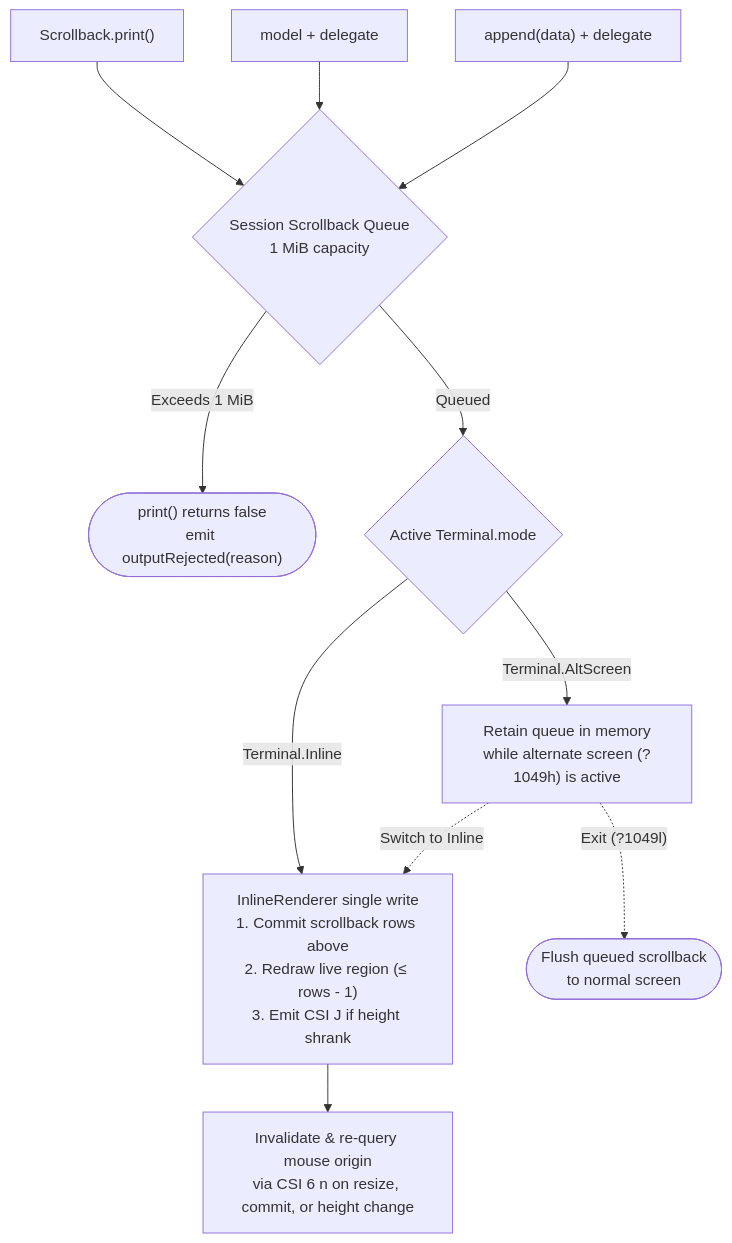
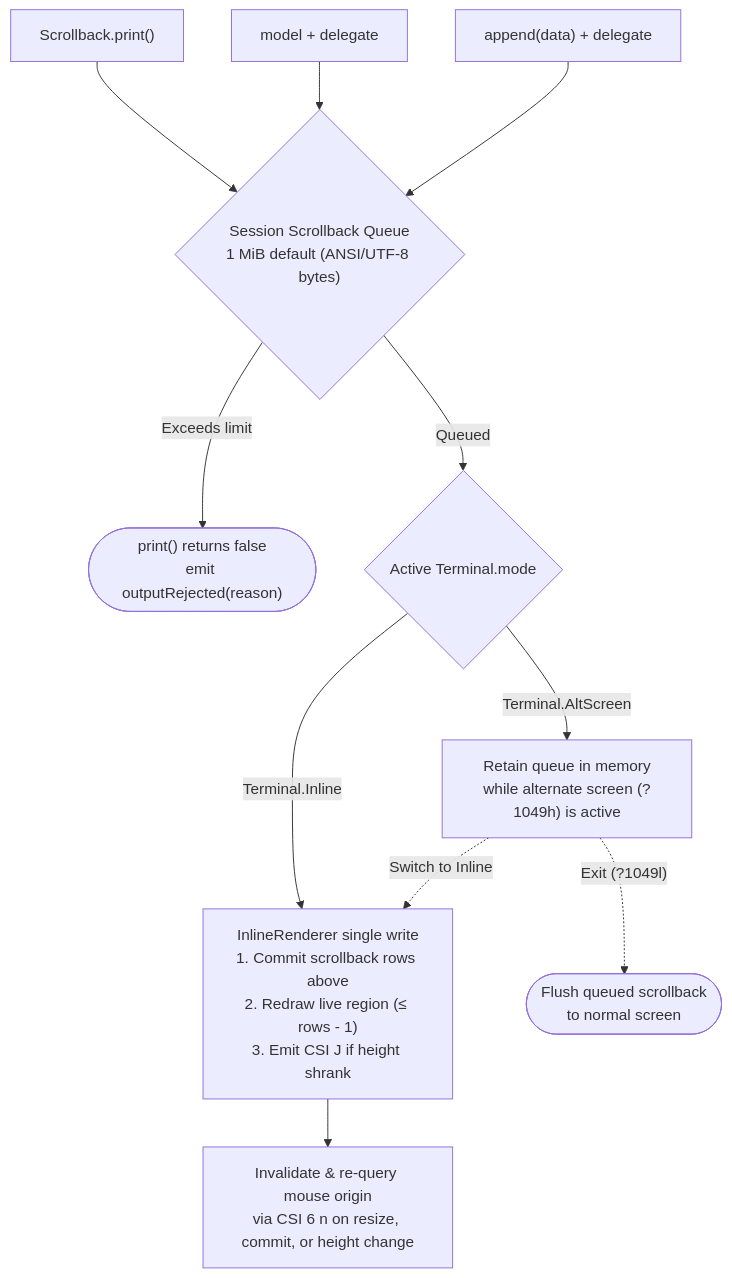
The diagram in docs/guides/inline-mode.md (qmltui/qmltui), drawn with Mermaid before and after one commit. The commit also changed other lines of this file and 9 other files, not shown here.

First line of the commit message:
feat(core): add configurable scrollback queue limit and QMLTUI_SCROLLBACK_QUEUE_LIMIT

````diff
--- a/docs/guides/inline-mode.md
+++ b/docs/guides/inline-mode.md
@@ -184,17 +184,17 @@
 ```mermaid
 flowchart TD
     P1["Scrollback.print()"] --> Queue
     P2["model + delegate"] --> Queue
     P3["append(data) + delegate"] --> Queue
 
-    Queue{"Session Scrollback Queue<br/>1 MiB capacity"}
-    Queue -- "Exceeds 1 MiB" --> Reject(["print() returns false<br/>emit outputRejected(reason)"])
+    Queue{"Session Scrollback Queue<br/>1 MiB default (ANSI/UTF-8 bytes)"}
+    Queue -- "Exceeds limit" --> Reject(["print() returns false<br/>emit outputRejected(reason)"])
     Queue -- "Queued" --> Mode{"Active Terminal.mode"}
 
     Mode -- "Terminal.Inline" --> Inline["InlineRenderer single write<br/>1. Commit scrollback rows above<br/>2. Redraw live region (≤ rows - 1)<br/>3. Emit CSI J if height shrank"]
     Inline --> Origin["Invalidate &amp; re-query mouse origin<br/>via CSI 6 n on resize, commit, or height change"]
 
     Mode -- "Terminal.AltScreen" --> Hold["Retain queue in memory<br/>while alternate screen (?1049h) is active"]
     Hold -. "Switch to Inline" .-> Inline
     Hold -. "Exit (?1049l)" .-> Flush(["Flush queued scrollback<br/>to normal screen"])
 ```
````
